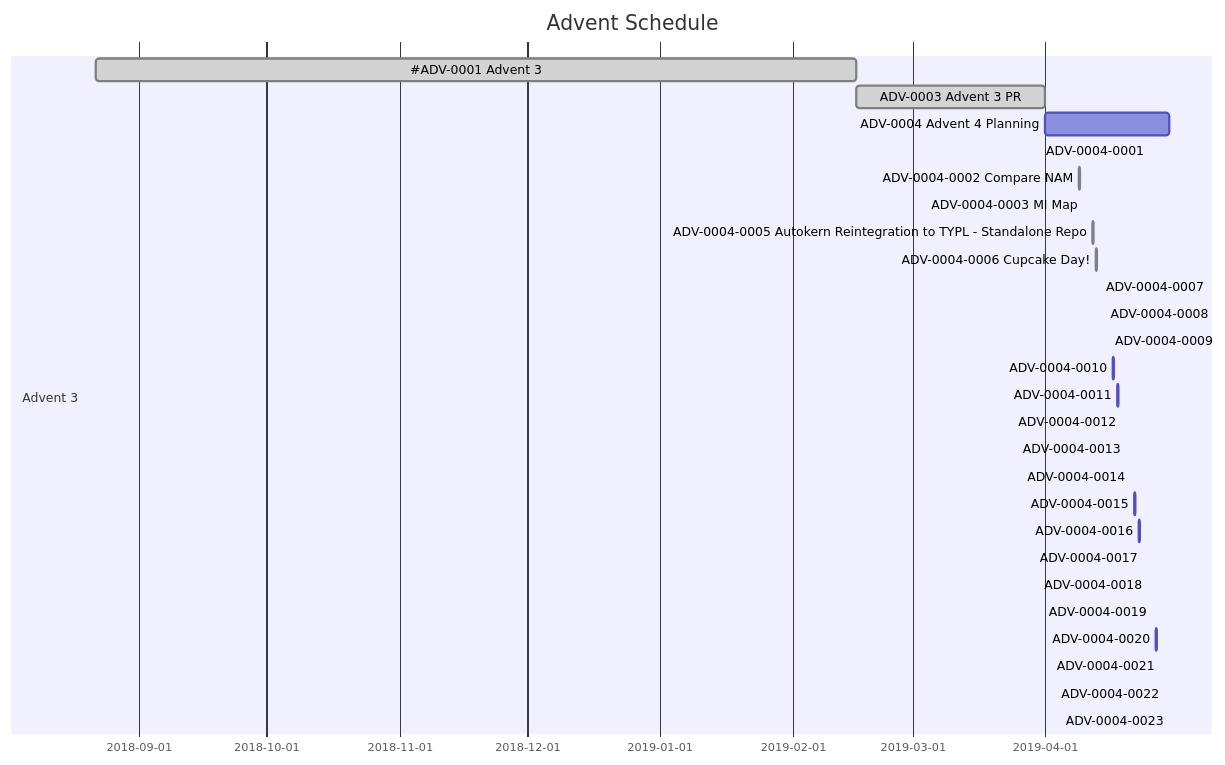
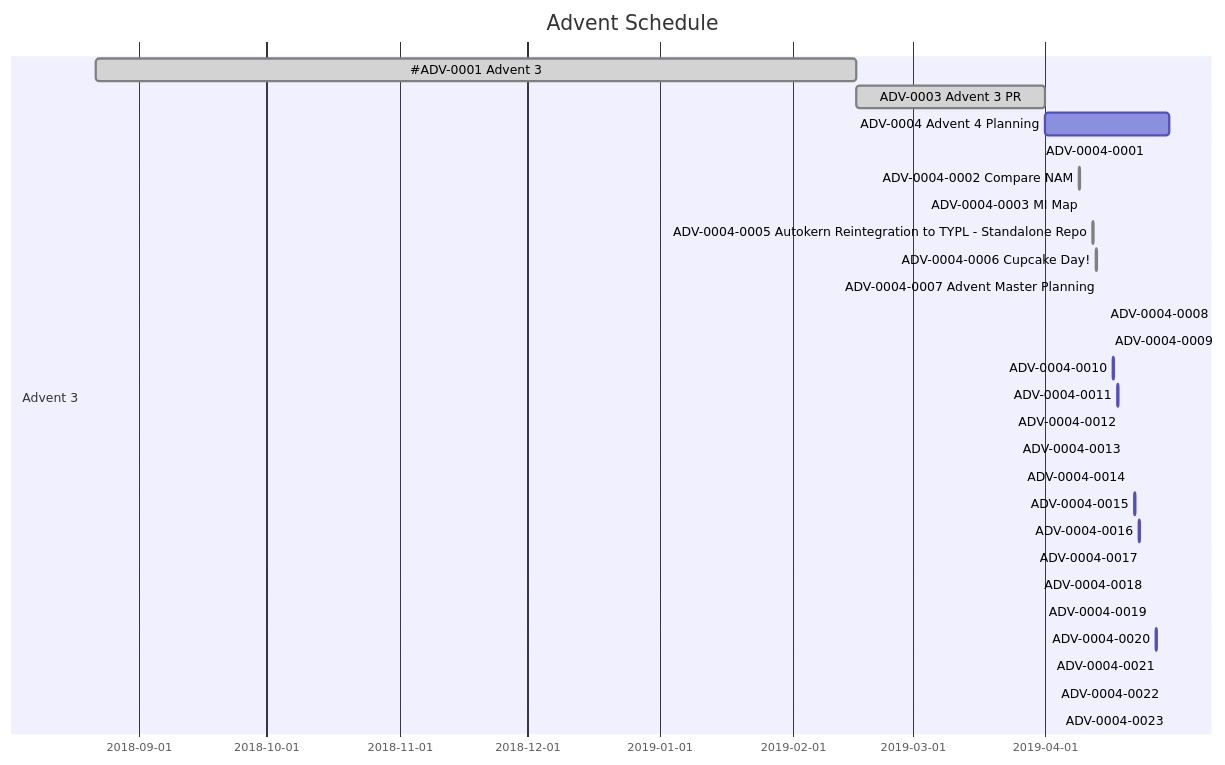
One commit to VivaRado/Advent changed the second of 2 diagrams in README.md. Above: the diagram before and after it, drawn with Mermaid. The commit also changed other lines of this file and 2 other files, not shown here.

Commit message:
schedule update

````diff
--- a/README.md
+++ b/README.md
@@ -804,32 +804,32 @@
 ```mermaid
 gantt
         dateFormat  YYYY-MM-DD
         title Advent Schedule
         section Advent 3
         #ADV-0001 Advent 3:         done,des1, 2018-08-22,2019-02-16
         ADV-0003 Advent 3 PR:         done,des2, 2019-02-16, 2019-04-01
         ADV-0004 Advent 4 Planning:         des3, after des2, 2019-04-30
         ADV-0004-0001:         done, des4, 2019-03-31, 2h
         ADV-0004-0002 Compare NAM:         done, des5, 2019-04-09, 2h
         ADV-0004-0003 MI Map:         done, des6, 2019-04-10, 2h
         
         ADV-0004-0005 Autokern Reintegration to TYPL - Standalone Repo: done, des8, 2019-04-12, 6h
         ADV-0004-0006 Cupcake Day!:         done, des9, 2019-04-13, 2h
-        ADV-0004-0007:         des10, 2019-04-14, 2h
+        ADV-0004-0007 Advent Master Planning:         done, des10, 2019-04-14, 2h
         ADV-0004-0008:         des11, 2019-04-15, 2h
         ADV-0004-0009:         des12, 2019-04-16, 2h
         ADV-0004-0010:         des13, 2019-04-17, 2h
         ADV-0004-0011:         des14, 2019-04-18, 2h
         ADV-0004-0012:         des15, 2019-04-19, 2h
         ADV-0004-0013:         des16, 2019-04-20, 2h
         ADV-0004-0014:         des17, 2019-04-21, 2h
         ADV-0004-0015:         des18, 2019-04-22, 2h
         ADV-0004-0016:         des19, 2019-04-23, 2h
         ADV-0004-0017:         des20, 2019-04-24, 2h
         ADV-0004-0018:         des21, 2019-04-25, 2h
         ADV-0004-0019:         des22, 2019-04-26, 2h
         ADV-0004-0020:         des23, 2019-04-27, 2h
         ADV-0004-0021:         des24, 2019-04-28, 2h
         ADV-0004-0022:         des25, 2019-04-29, 2h
         ADV-0004-0023:         des26, 2019-04-30, 2h
 ```
````
